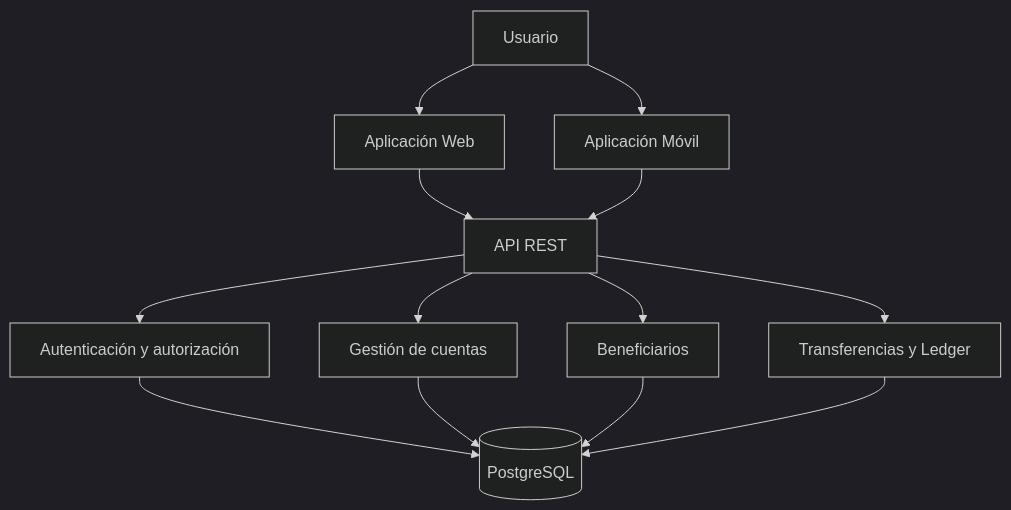
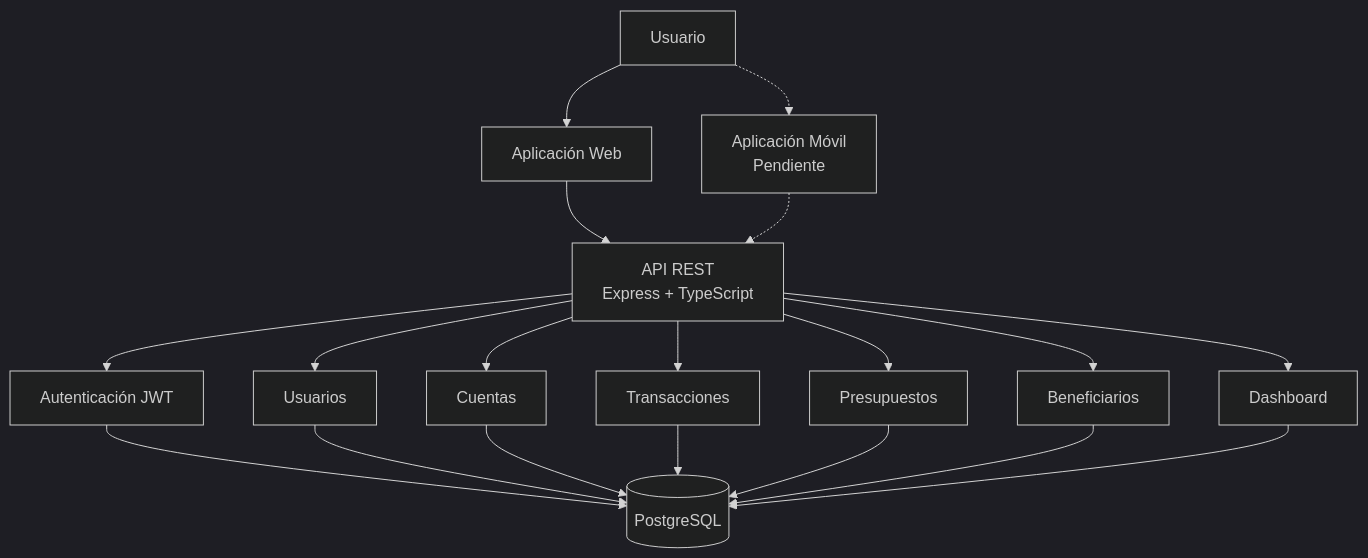
Before and after one commit to Yair-Blad/treowallet: the diagram in README.md, drawn with Mermaid (dark theme). The commit also changed other lines of this file and 48 other files, not shown here.

Commit message:
Actualización del avance de cuentas, presupuestos, beneficiarios y movimientos en la parte web. Registro de pruebas manuales y reorganización de las siguientes tareas.

````diff
--- a/README.md
+++ b/README.md
@@ -55,18 +54,24 @@
 ```mermaid
 flowchart TD
-    A[Usuario] --> B[Aplicación Web]
-    A --> C[Aplicación Móvil]
+    U[Usuario] --> W[Aplicación Web]
+    U -.-> M[Aplicación Móvil<br/>Pendiente]
 
-    B --> D[API REST]
-    C --> D
+    W --> API[API REST<br/>Express + TypeScript]
+    M -.-> API
 
-    D --> E[Autenticación y autorización]
-    D --> F[Gestión de cuentas]
-    D --> G[Beneficiarios]
-    D --> H[Transferencias y Ledger]
+    API --> AUTH[Autenticación JWT]
+    API --> USERS[Usuarios]
+    API --> ACC[ Cuentas ]
+    API --> TRANS[Transacciones]
+    API --> BUD[Presupuestos]
+    API --> BEN[Beneficiarios]
+    API --> DASH[Dashboard]
 
-    E --> I[(PostgreSQL)]
-    F --> I
-    G --> I
-    H --> I
+    AUTH --> DB[(PostgreSQL)]
+    USERS --> DB
+    ACC --> DB
+    TRANS --> DB
+    BUD --> DB
+    BEN --> DB
+    DASH --> DB
 ```
````
